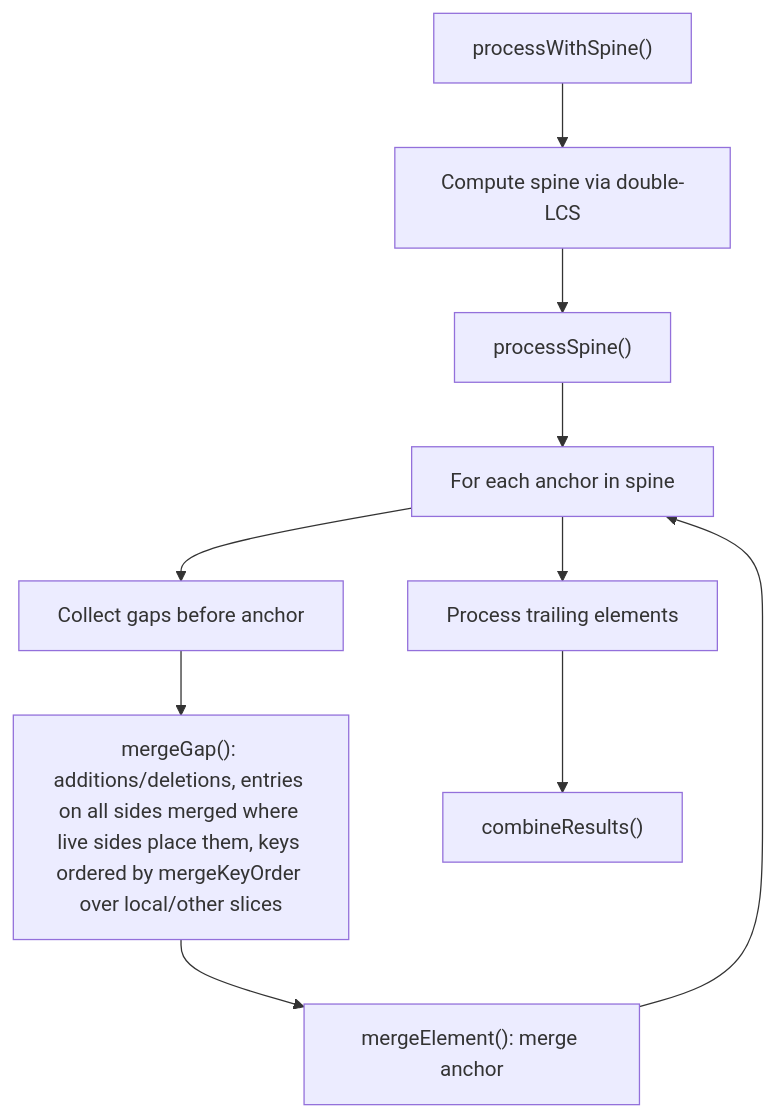
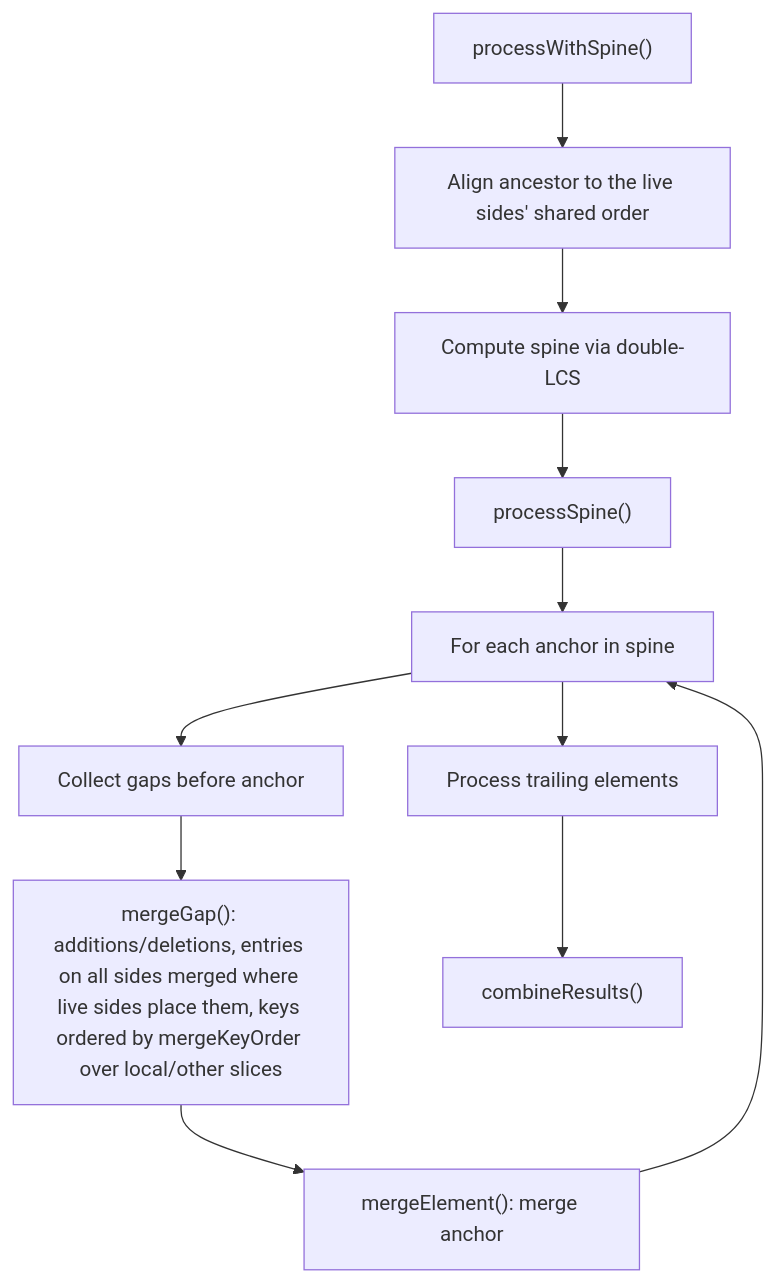
Before and after one commit to scolladon/sf-git-merge-driver: the eighth of 8 diagrams in DESIGN.md, drawn with Mermaid. The commit also changed other lines of this file and 2 other files, not shown here.

Commit message:
fix(merger): anchor ordered entries both sides moved the same way

````diff
--- a/DESIGN.md
+++ b/DESIGN.md
@@ -601,14 +602,14 @@
 ```mermaid
 flowchart TD
-    Start["processWithSpine()"] --> Compute["Compute spine via double-LCS"]
+    Start["processWithSpine()"] --> Align["Align ancestor to the live sides' shared order"] --> Compute["Compute spine via double-LCS"]
     Compute --> Process["processSpine()"]
 
     Process --> ForEach["For each anchor in spine"]
     ForEach --> CollectGaps["Collect gaps before anchor"]
     CollectGaps --> MergeGap["mergeGap(): additions/deletions, entries on all sides merged where live sides place them, keys ordered by mergeKeyOrder over local/other slices"]
     MergeGap --> MergeAnchor["mergeElement(): merge anchor"]
     MergeAnchor --> ForEach
 
     ForEach --> Trailing["Process trailing elements"]
     Trailing --> Combine["combineResults()"]
 ```
````
